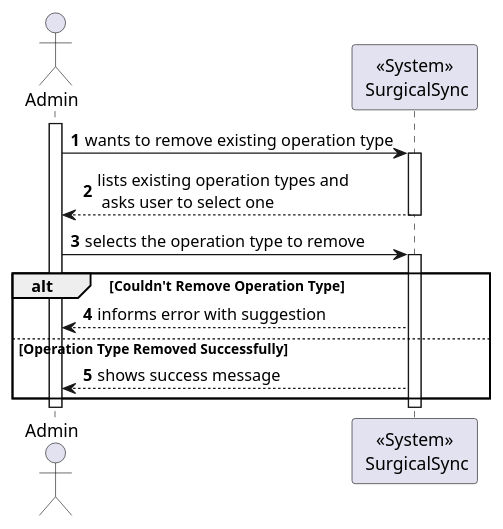
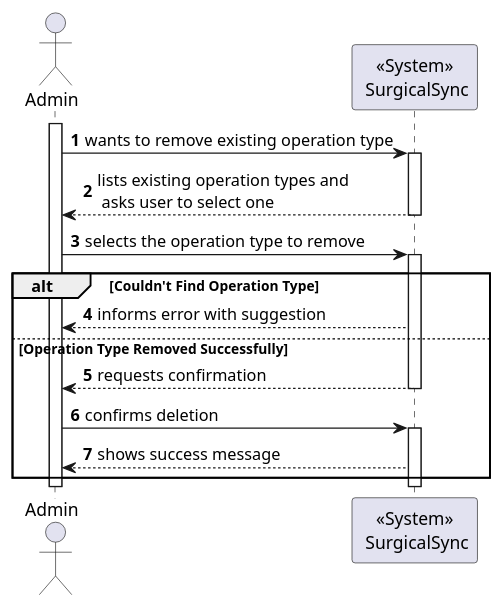
The diagram in docs/SprintA/39-remove-operation-types/level1/process-view.puml (MiguelCardoso77/SurgicalSync-BackEnd), drawn with PlantUML before and after one commit. The commit also changed 6 other files, not shown here.

```diff
--- a/docs/SprintA/39-remove-operation-types/level1/process-view.puml
+++ b/docs/SprintA/39-remove-operation-types/level1/process-view.puml
@@ -1,25 +1,36 @@
 @startuml
 autonumber
 
 actor "Admin" as USER
 participant "<<System>>\n SurgicalSync" as SYSTEM
 
 activate USER
 
     USER -> SYSTEM: wants to remove existing operation type
     activate SYSTEM
 
         SYSTEM --> USER : lists existing operation types and \n asks user to select one
     deactivate SYSTEM
         
     USER -> SYSTEM : selects the operation type to remove
     activate SYSTEM
-        alt Couldn't Remove Operation Type
+    
+alt Couldn't Find Operation Type
+
            USER <-- SYSTEM : informs error with suggestion
-        else Operation Type Removed Successfully
+           
+else Operation Type Removed Successfully
+
+           USER <-- SYSTEM : requests confirmation
+    deactivate SYSTEM
+    
+    USER -> SYSTEM : confirms deletion
+    activate SYSTEM
+            
            USER <-- SYSTEM : shows success message
-        end
+end
+
     deactivate SYSTEM
     
 deactivate USER
 @enduml
```
